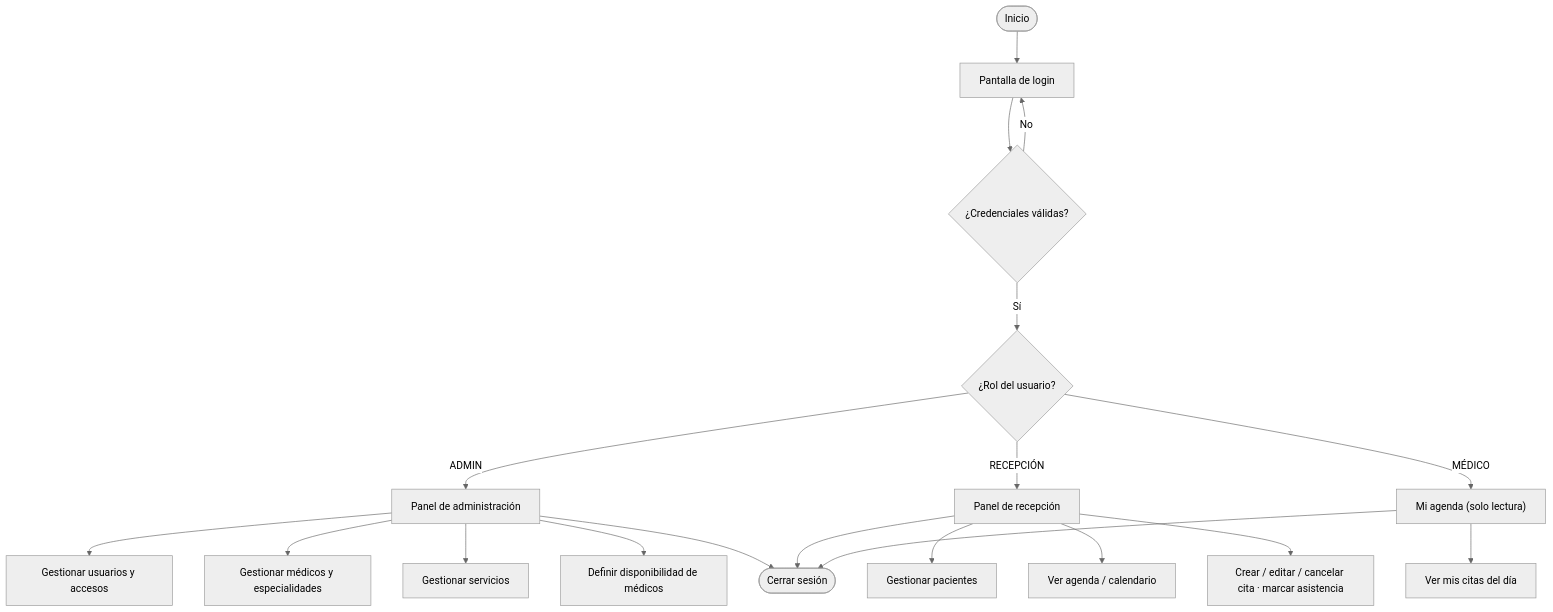
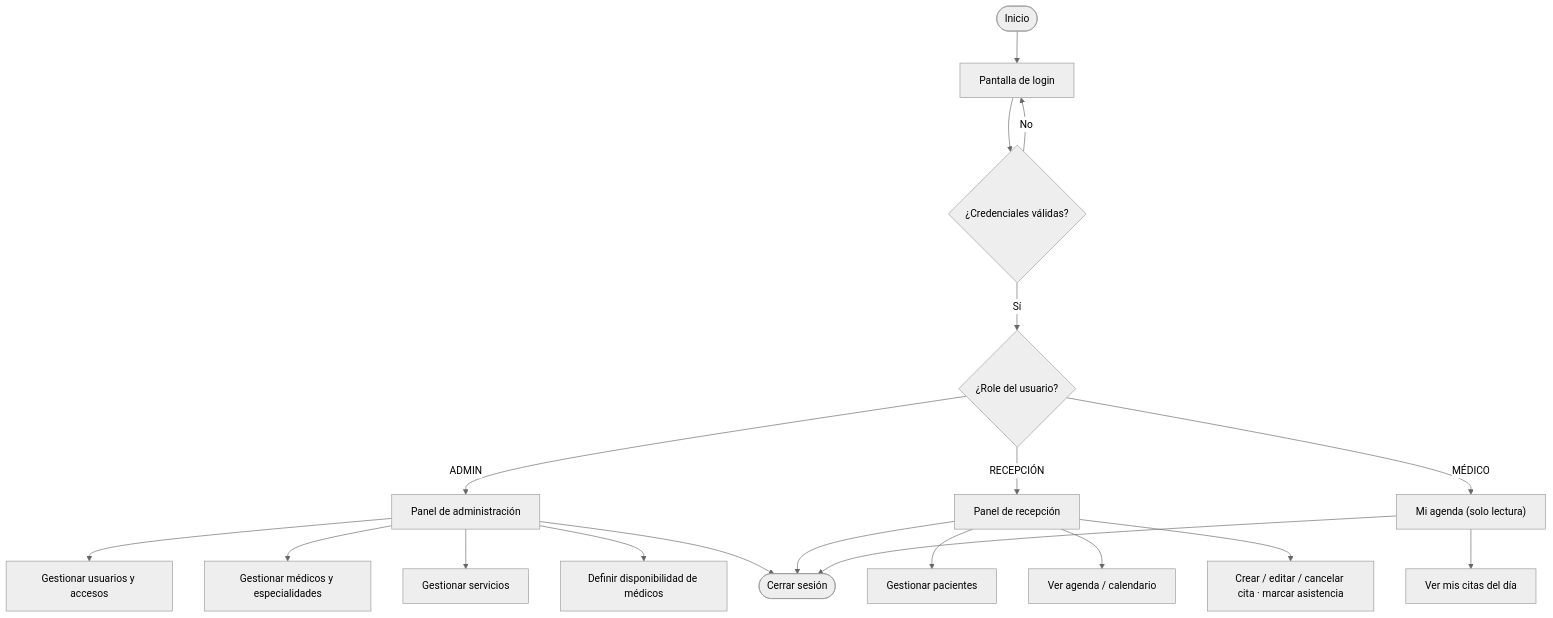
Before and after one commit to DhanaCorredor/diagnostico-backend: the first of 2 diagrams in docs/FLUJO-USUARIO.md, drawn with Mermaid (neutral theme). The commit also changed 6 other files, not shown here.

````diff
--- a/docs/FLUJO-USUARIO.md
+++ b/docs/FLUJO-USUARIO.md
@@ -7,29 +7,29 @@
 ```mermaid
 flowchart TD
     A([Inicio]) --> B[Pantalla de login]
     B --> C{¿Credenciales válidas?}
     C -- No --> B
-    C -- Sí --> D{¿Rol del usuario?}
+    C -- Sí --> D{¿Role del usuario?}
 
     %% ADMIN
     D -- ADMIN --> E[Panel de administración]
     E --> E1[Gestionar usuarios y accesos]
     E --> E2[Gestionar médicos y especialidades]
     E --> E3[Gestionar servicios]
     E --> E4[Definir disponibilidad de médicos]
 
     %% RECEPCIÓN
     D -- RECEPCIÓN --> F[Panel de recepción]
     F --> F1[Gestionar pacientes]
     F --> F2[Ver agenda / calendario]
     F --> G[Crear / editar / cancelar cita · marcar asistencia]
 
     %% MÉDICO
     D -- MÉDICO --> H["Mi agenda (solo lectura)"]
     H --> H1[Ver mis citas del día]
 
     %% Cierre
     E --> Z([Cerrar sesión])
     F --> Z
     H --> Z
 ```
````
